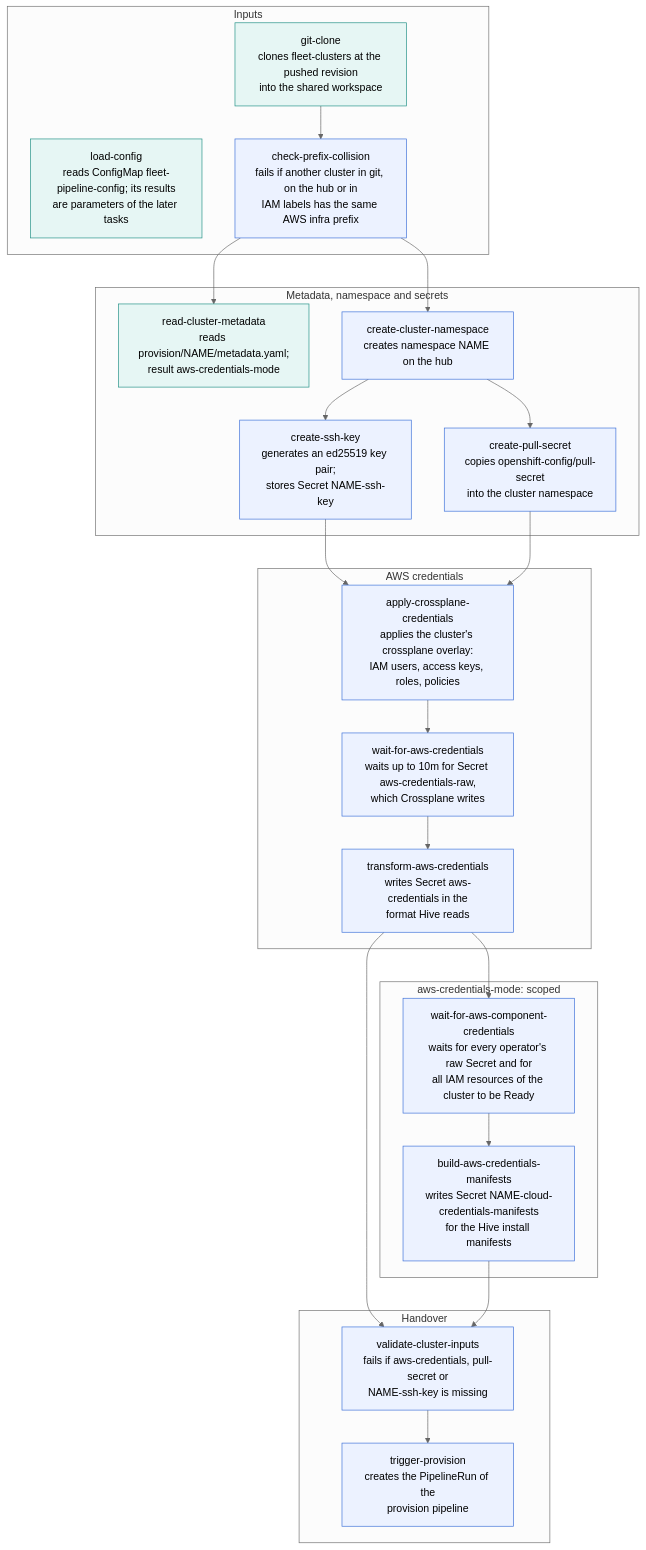
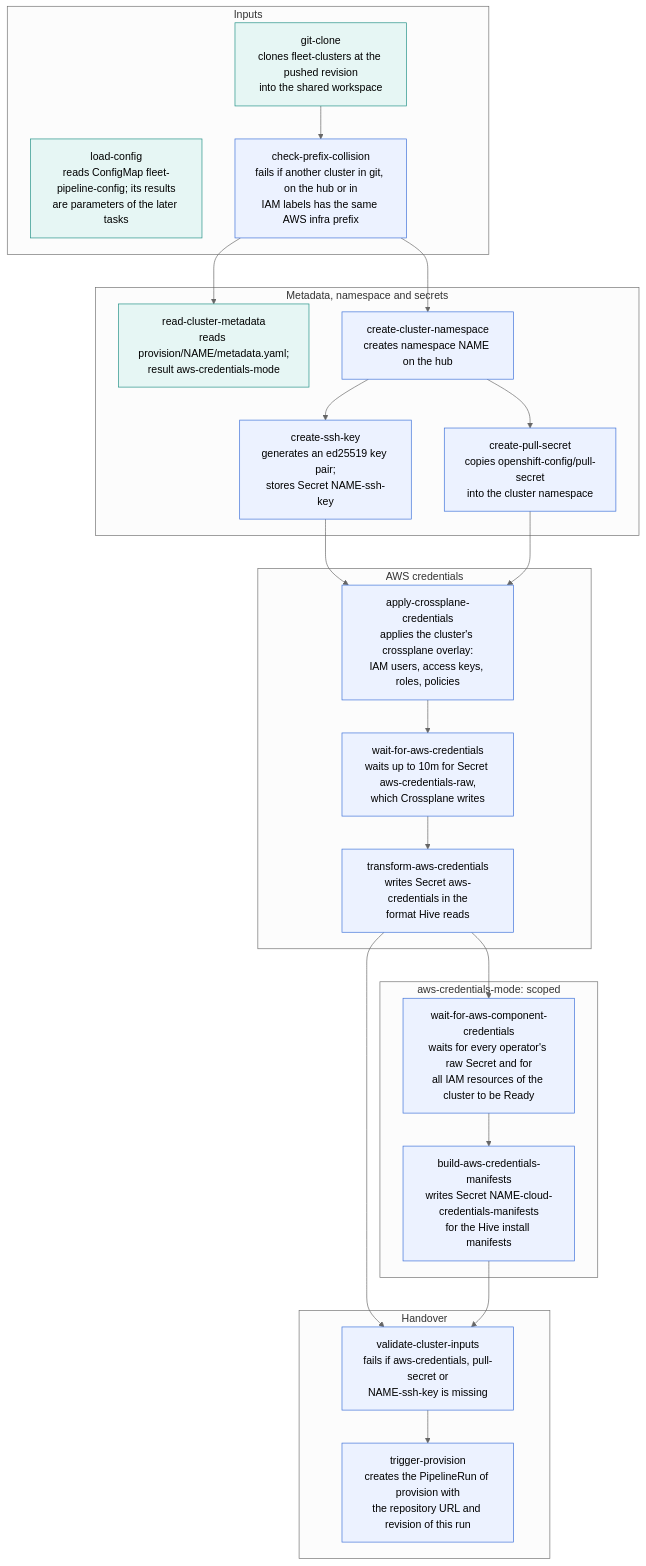
Before and after one commit to redhat-openshift-partner-labs/fleet: the diagram in docs/diagrams/pre-provision-flow.mermaid, drawn with Mermaid (neutral theme). The commit also changed 17 other files, not shown here.

```diff
--- a/docs/diagrams/pre-provision-flow.mermaid
+++ b/docs/diagrams/pre-provision-flow.mermaid
@@ -1,58 +1,58 @@
 %% Trigger: a push to main of fleet-clusters that adds provision/NAME/, unless the commit message contains [skip-provision]
 %% Parameters: cluster-name, git-repo-url and git-revision come from the push event; the others from ConfigMap fleet-pipeline-config
 %% Start: load-config and git-clone have no runAfter and start first
 %% Credential mode: the two scoped tasks are skipped unless metadata.yaml sets aws-credentials-mode: scoped
 %% Failure: a failed task stops the run; trigger-provision does not run
 flowchart TB
     subgraph Inputs["Inputs"]
         load_config["load-config<br/>reads ConfigMap fleet-pipeline-config; its results<br/>are parameters of the later tasks"]
         git_clone["git-clone<br/>clones fleet-clusters at the pushed revision<br/>into the shared workspace"]
         check_prefix_collision["check-prefix-collision<br/>fails if another cluster in git, on the hub or in<br/>IAM labels has the same AWS infra prefix"]
     end
 
     subgraph Hub["Metadata, namespace and secrets"]
         read_cluster_metadata["read-cluster-metadata<br/>reads provision/NAME/metadata.yaml;<br/>result aws-credentials-mode"]
         create_cluster_namespace["create-cluster-namespace<br/>creates namespace NAME on the hub"]
         create_ssh_key["create-ssh-key<br/>generates an ed25519 key pair;<br/>stores Secret NAME-ssh-key"]
         create_pull_secret["create-pull-secret<br/>copies openshift-config/pull-secret<br/>into the cluster namespace"]
     end
 
     subgraph Credentials["AWS credentials"]
         apply_crossplane_credentials["apply-crossplane-credentials<br/>applies the cluster's crossplane overlay:<br/>IAM users, access keys, roles, policies"]
         wait_for_aws_credentials["wait-for-aws-credentials<br/>waits up to 10m for Secret aws-credentials-raw,<br/>which Crossplane writes"]
         transform_aws_credentials["transform-aws-credentials<br/>writes Secret aws-credentials in the<br/>format Hive reads"]
     end
 
     subgraph Scoped["aws-credentials-mode: scoped"]
         wait_for_aws_component_credentials["wait-for-aws-component-credentials<br/>waits for every operator's raw Secret and for<br/>all IAM resources of the cluster to be Ready"]
         build_aws_credentials_manifests["build-aws-credentials-manifests<br/>writes Secret NAME-cloud-credentials-manifests<br/>for the Hive install manifests"]
     end
 
     subgraph Handover["Handover"]
         validate_cluster_inputs["validate-cluster-inputs<br/>fails if aws-credentials, pull-secret or<br/>NAME-ssh-key is missing"]
-        trigger_provision["trigger-provision<br/>creates the PipelineRun of the<br/>provision pipeline"]
+        trigger_provision["trigger-provision<br/>creates the PipelineRun of provision with<br/>the repository URL and revision of this run"]
     end
 
     git_clone --> check_prefix_collision
     check_prefix_collision --> read_cluster_metadata
     check_prefix_collision --> create_cluster_namespace
     create_cluster_namespace --> create_ssh_key
     create_cluster_namespace --> create_pull_secret
     create_ssh_key --> apply_crossplane_credentials
     create_pull_secret --> apply_crossplane_credentials
     apply_crossplane_credentials --> wait_for_aws_credentials
     wait_for_aws_credentials --> transform_aws_credentials
     transform_aws_credentials --> wait_for_aws_component_credentials
     wait_for_aws_component_credentials --> build_aws_credentials_manifests
     transform_aws_credentials --> validate_cluster_inputs
     build_aws_credentials_manifests --> validate_cluster_inputs
     validate_cluster_inputs --> trigger_provision
 
     classDef src fill:#e6f6f4,stroke:#1f8f84,color:#000
     classDef core fill:#ecf2ff,stroke:#3b6fd8,color:#000
 
     class load_config,git_clone,read_cluster_metadata src
     class check_prefix_collision,create_cluster_namespace,create_ssh_key,create_pull_secret core
     class apply_crossplane_credentials,wait_for_aws_credentials,transform_aws_credentials core
     class wait_for_aws_component_credentials,build_aws_credentials_manifests core
     class validate_cluster_inputs,trigger_provision core
```
